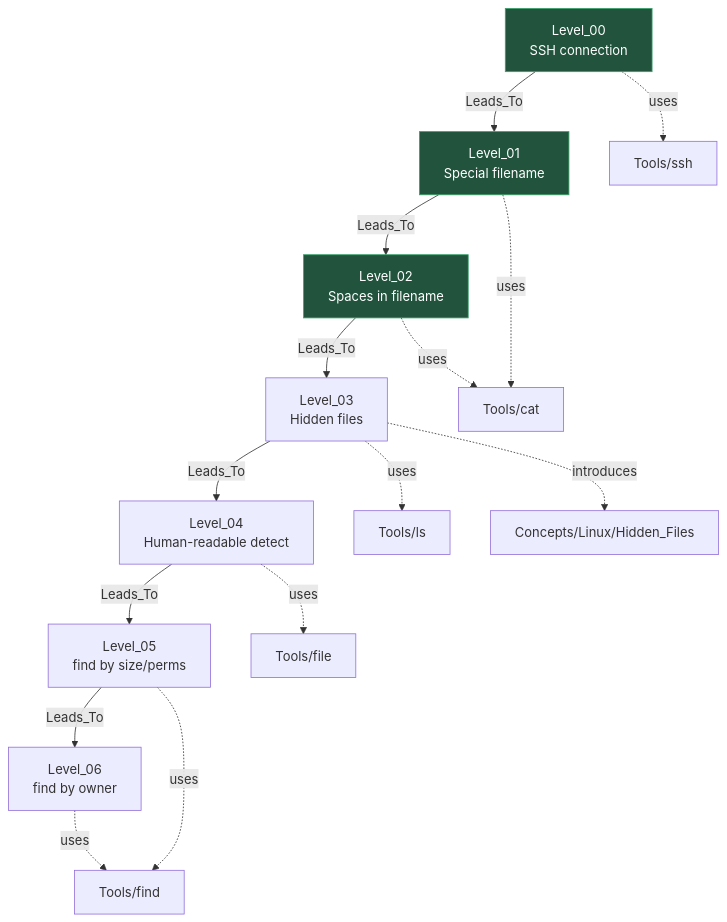
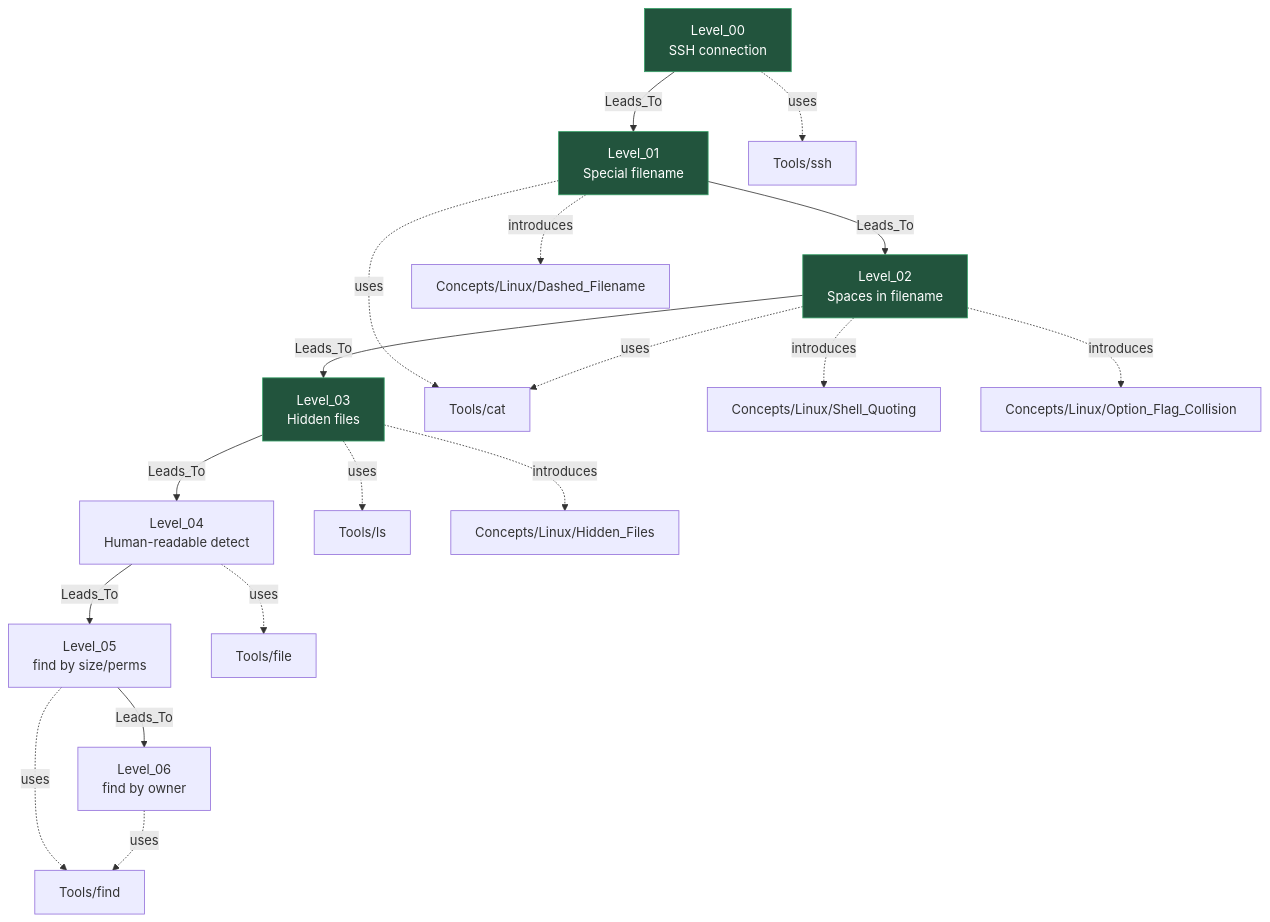
One commit to JunyoungCho07/security-writeups changed the diagram in _MOC/MOC_Bandit.md. Above: the diagram before and after it, drawn with Mermaid. The commit also changed other lines of this file and 2 other files, not shown here.

Commit message:
solved bandit3

````diff
--- a/_MOC/MOC_Bandit.md
+++ b/_MOC/MOC_Bandit.md
@@ -15,38 +15,42 @@
 ```mermaid
 graph TD
     L00[Level_00<br/>SSH connection]
     L01[Level_01<br/>Special filename]
     L02[Level_02<br/>Spaces in filename]
     L03[Level_03<br/>Hidden files]
     L04[Level_04<br/>Human-readable detect]
     L05[Level_05<br/>find by size/perms]
     L06[Level_06<br/>find by owner]
 
     L00 -->|Leads_To| L01
     L01 -->|Leads_To| L02
     L02 -->|Leads_To| L03
     L03 -->|Leads_To| L04
     L04 -->|Leads_To| L05
     L05 -->|Leads_To| L06
 
     L00 -.->|uses| T_SSH[Tools/ssh]
     L01 -.->|uses| T_CAT[Tools/cat]
+    L01 -.->|introduces| C_DASH[Concepts/Linux/Dashed_Filename]
     L02 -.->|uses| T_CAT
+    L02 -.->|introduces| C_QUOTE[Concepts/Linux/Shell_Quoting]
+    L02 -.->|introduces| C_OPT[Concepts/Linux/Option_Flag_Collision]
     L03 -.->|uses| T_LS[Tools/ls]
     L03 -.->|introduces| C_HIDDEN[Concepts/Linux/Hidden_Files]
     L04 -.->|uses| T_FILE[Tools/file]
     L05 -.->|uses| T_FIND[Tools/find]
     L06 -.->|uses| T_FIND
 
     click L00 "Wargames/Bandit/Level_00.md"
     click L01 "Wargames/Bandit/Level_01.md"
     click L02 "Wargames/Bandit/Level_02.md"
     click L03 "Wargames/Bandit/Level_03.md"
     click L04 "Wargames/Bandit/Level_04.md"
     click L05 "Wargames/Bandit/Level_05.md"
     click L06 "Wargames/Bandit/Level_06.md"
 
     style L00 fill:#22543d,stroke:#38a169,color:#fff
     style L01 fill:#22543d,stroke:#38a169,color:#fff
     style L02 fill:#22543d,stroke:#38a169,color:#fff
+    style L03 fill:#22543d,stroke:#38a169,color:#fff
 ```
````
